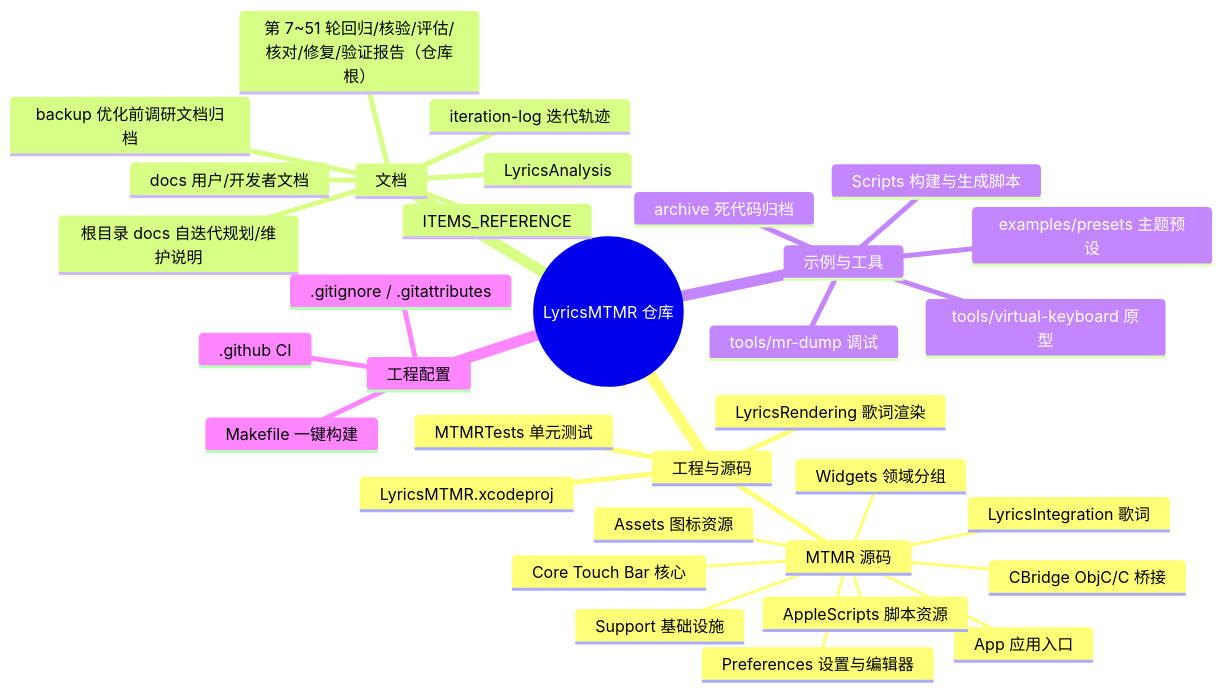
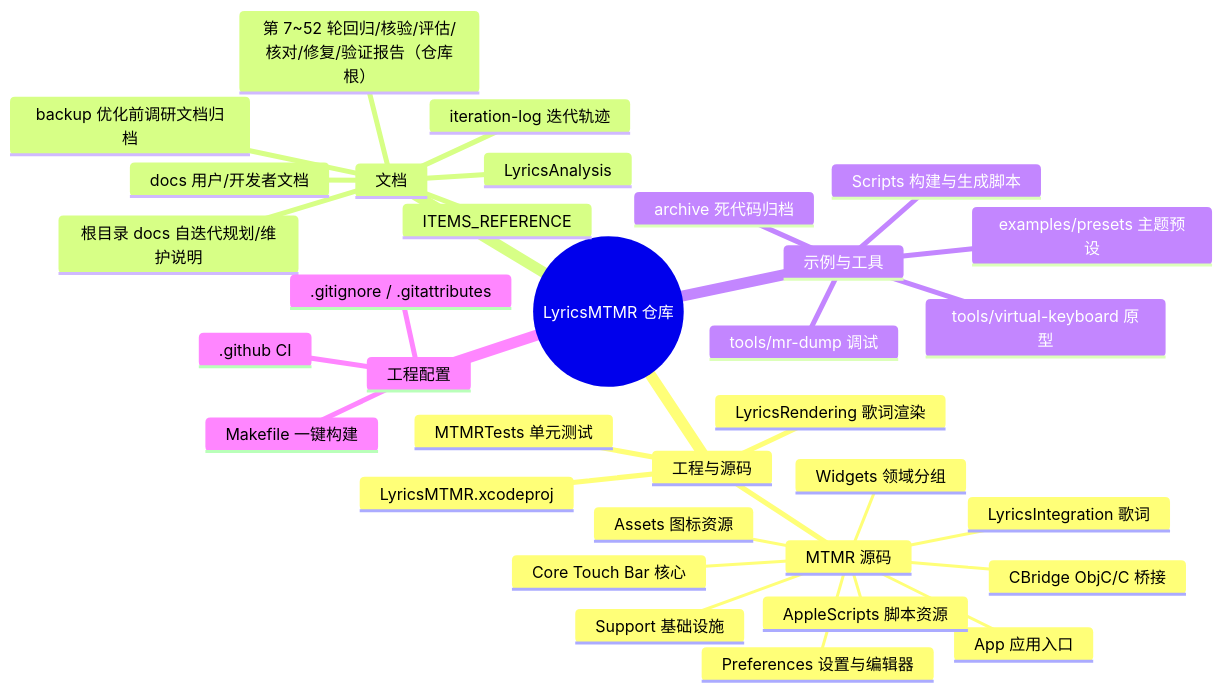
One commit to Tangzishun-Li/LyricsMTMR changed the first of 2 diagrams in LyricsMTMR/docs/file-structure.zh.md. Above: the diagram before and after it, drawn with Mermaid. The commit also changed other lines of this file and 3 other files, not shown here.

````diff
--- a/LyricsMTMR/docs/file-structure.zh.md
+++ b/LyricsMTMR/docs/file-structure.zh.md
@@ -10,36 +10,36 @@
 ```mermaid
 mindmap
   root((LyricsMTMR 仓库))
     工程与源码
       LyricsMTMR.xcodeproj
       MTMR 源码
         App 应用入口
         Core Touch Bar 核心
         Support 基础设施
         Widgets 领域分组
         Preferences 设置与编辑器
         LyricsIntegration 歌词
         CBridge ObjC/C 桥接
         AppleScripts 脚本资源
         Assets 图标资源
       LyricsRendering 歌词渲染
       MTMRTests 单元测试
     文档
       docs 用户/开发者文档
       ITEMS_REFERENCE
       LyricsAnalysis
       backup 优化前调研文档归档
       iteration-log 迭代轨迹
       根目录 docs 自迭代规划/维护说明
-      第 7~51 轮回归/核验/评估/核对/修复/验证报告（仓库根）
+      第 7~52 轮回归/核验/评估/核对/修复/验证报告（仓库根）
     示例与工具
       examples/presets 主题预设
       tools/mr-dump 调试
       tools/virtual-keyboard 原型
       Scripts 构建与生成脚本
       archive 死代码归档
     工程配置
       .github CI
       .gitignore / .gitattributes
       Makefile 一键构建
 ```
````
